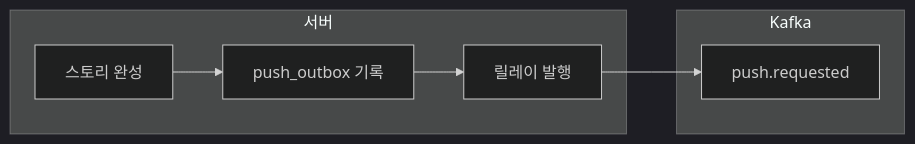
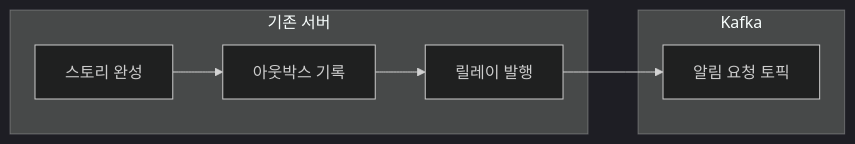
One commit to kangkyunghyun/kangkyunghyun.github.io changed the diagram in src/content/posts/notification-outbox-relay.md. Above: the diagram before and after it, drawn with Mermaid (dark theme). The commit also changed other lines of this file and 20 other files, not shown here.

````diff
--- a/src/content/posts/notification-outbox-relay.md
+++ b/src/content/posts/notification-outbox-relay.md
@@ -13,13 +13,13 @@
 ```mermaid
 flowchart LR
-    subgraph SERVER["서버"]
-        A["스토리 완성"] --> B["push_outbox 기록"]
+    subgraph SERVER["기존 서버"]
+        A["스토리 완성"] --> B["아웃박스 기록"]
         B --> C["릴레이 발행"]
     end
 
     subgraph KAFKA["Kafka"]
-        D["push.requested"]
+        D["알림 요청 토픽"]
     end
 
     C --> D
 ```
````
